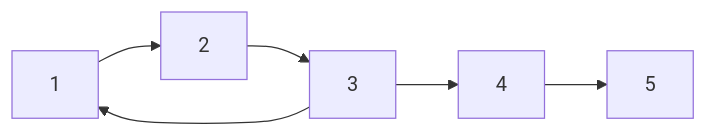
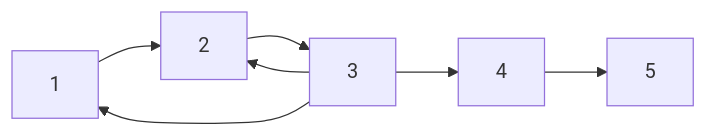
The diagram in OpenCode/SpecDrivenDevelopment.md (sramire3000/documentacion), drawn with Mermaid before and after one commit.

Commit message:
Modify mermaid diagram to include multiple edges
Updated the mermaid diagram to show multiple edges from node 3.

````diff
--- a/OpenCode/SpecDrivenDevelopment.md
+++ b/OpenCode/SpecDrivenDevelopment.md
@@ -3,8 +3,8 @@
 ```mermaid
 graph LR;
     1--> 2
     2--> 3 
-    3--> 1
+    3--> 1 & 2
     3--> 4
     4--> 5
 ```
````
